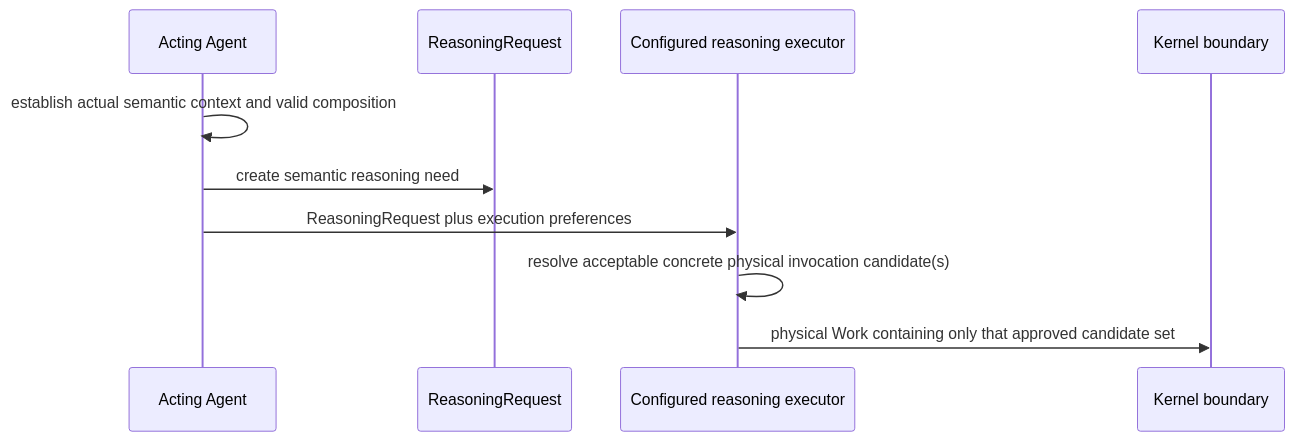
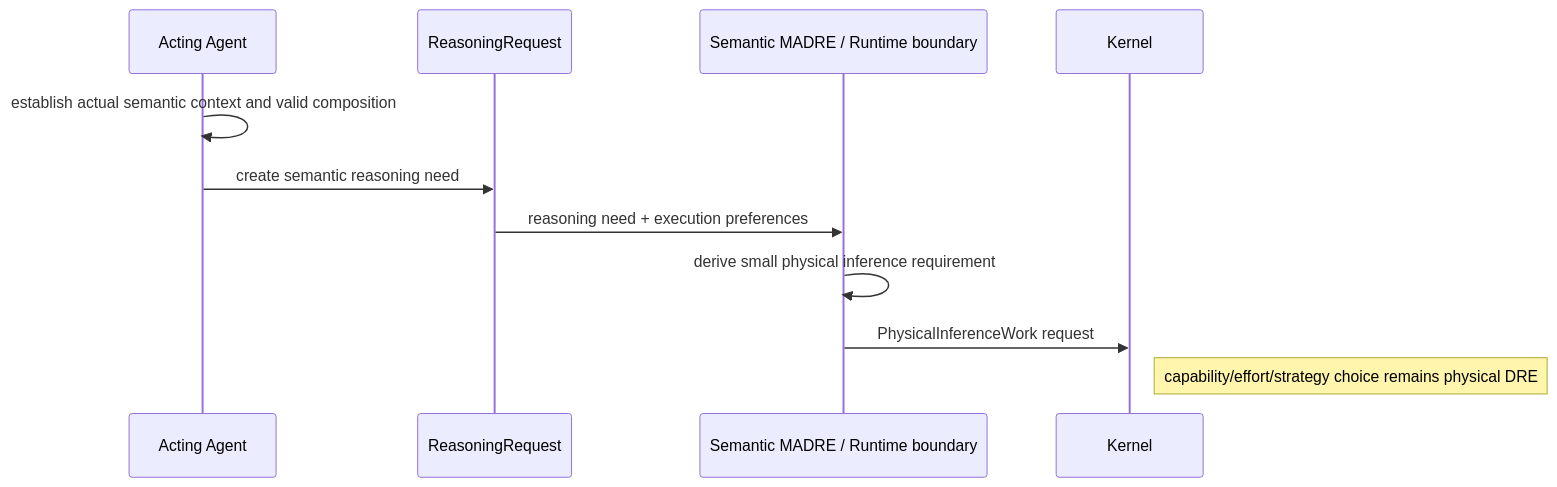
One commit to DidacLL/MADRE changed the eighth of 11 diagrams in docs/architecture/mid-level-architecture.md. Above: the diagram before and after it, drawn with Mermaid. The commit also changed other lines of this file, not shown here.

Commit message:
docs: rederive mid-level inference architecture

````diff
--- a/docs/architecture/mid-level-architecture.md
+++ b/docs/architecture/mid-level-architecture.md
@@ -310,13 +328,14 @@
 ```mermaid
 sequenceDiagram
     participant A as Acting Agent
     participant Q as ReasoningRequest
-    participant X as Configured reasoning executor
-    participant K as Kernel boundary
+    participant S as Semantic MADRE / Runtime boundary
+    participant K as Kernel
 
     A->>A: establish actual semantic context and valid composition
     A->>Q: create semantic reasoning need
-    A->>X: ReasoningRequest plus execution preferences
-    X->>X: resolve acceptable concrete physical invocation candidate(s)
-    X->>K: physical Work containing only that approved candidate set
+    Q->>S: reasoning need + execution preferences
+    S->>S: derive small physical inference requirement
+    S->>K: PhysicalInferenceWork request
+    Note right of K: capability/effort/strategy choice remains physical DRE
 ```
````
